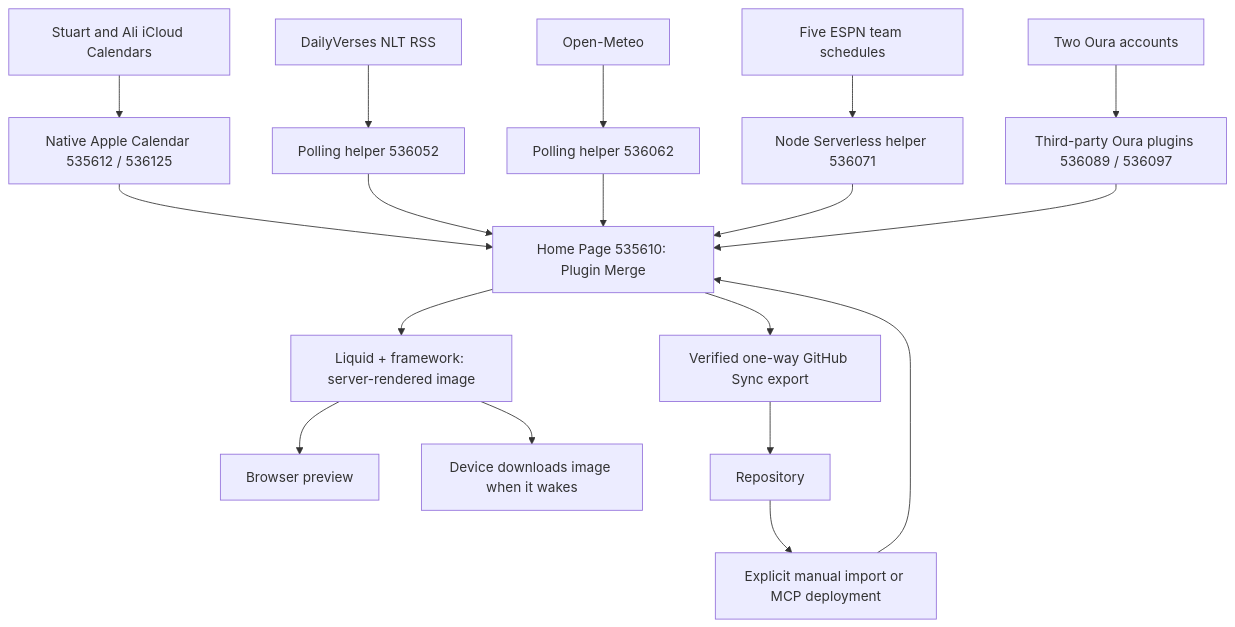
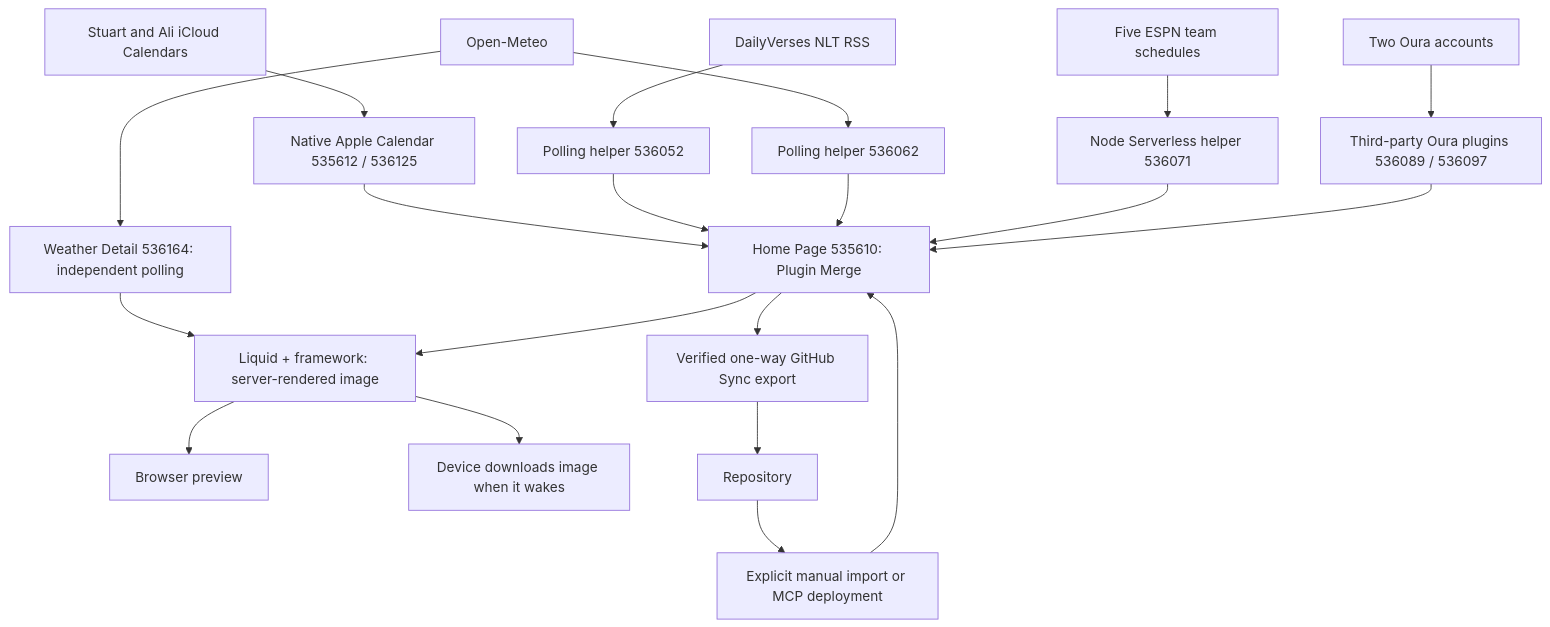
The diagram in docs/ARCHITECTURE.md (stuartalvey/trmnl), drawn with Mermaid before and after one commit. The commit also changed other lines of this file and 8 other files, not shown here.

Commit message:
Add standalone Noblesville Weather Detail dashboard

````diff
--- a/docs/ARCHITECTURE.md
+++ b/docs/ARCHITECTURE.md
@@ -20,20 +20,22 @@
 ```mermaid
 flowchart TD
   Apple[Stuart and Ali iCloud Calendars] --> Native[Native Apple Calendar 535612 / 536125]
   Verse[DailyVerses NLT RSS] --> V[Polling helper 536052]
   Weather[Open-Meteo] --> W[Polling helper 536062]
+  Weather --> WD[Weather Detail 536164: independent polling]
+  WD --> Render
   ESPN[Five ESPN team schedules] --> S[Node Serverless helper 536071]
   Native --> Home[Home Page 535610: Plugin Merge]
   V --> Home
   W --> Home
   S --> Home
   Oura[Two Oura accounts] --> O[Third-party Oura plugins 536089 / 536097]
   O --> Home
   Home --> Render[Liquid + framework: server-rendered image]
   Render --> Preview[Browser preview]
   Render --> Device[Device downloads image when it wakes]
   Home --> Export[Verified one-way GitHub Sync export]
   Export --> Git[Repository]
   Git --> Manual[Explicit manual import or MCP deployment]
   Manual --> Home
 ```
````
